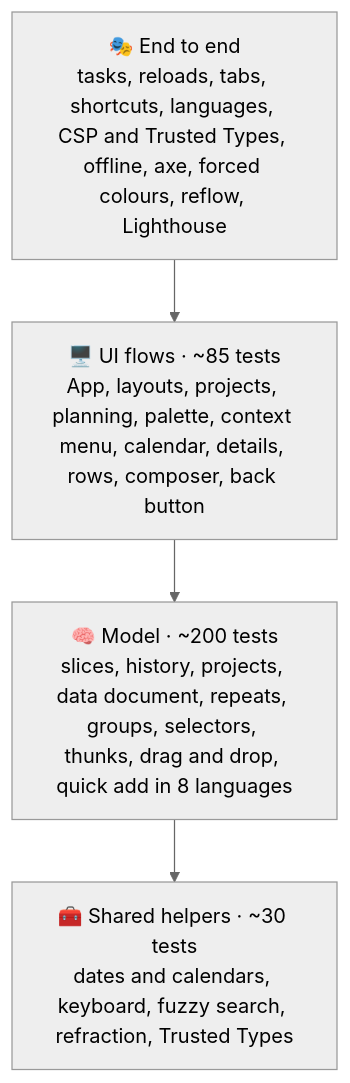
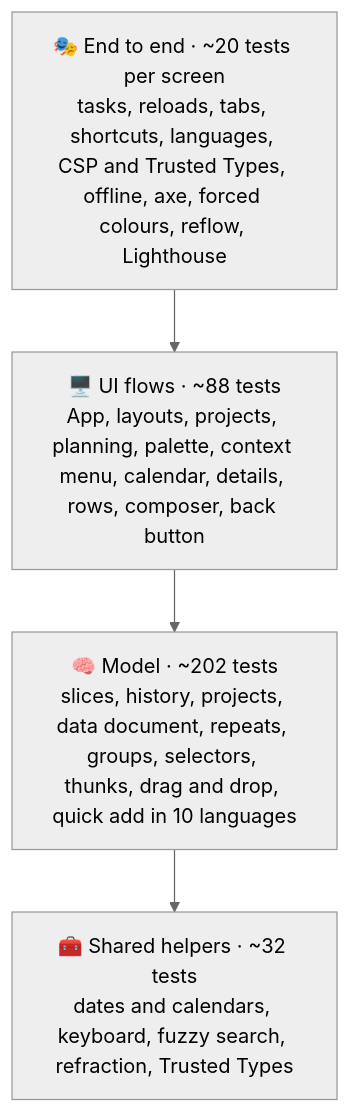
One commit to sacrificed666/react-todo-app changed the first of 2 diagrams in docs/testing.md. Above: the diagram before and after it, drawn with Mermaid (neutral theme). The commit also changed other lines of this file and 72 other files, not shown here.

````diff
--- a/docs/testing.md
+++ b/docs/testing.md
@@ -32,8 +32,8 @@
 ```mermaid
 flowchart TB
-  E2E["🎭 End to end<br/>tasks, reloads, tabs, shortcuts, languages, CSP and Trusted Types, offline, axe, forced colours, reflow, Lighthouse"]
-  UI["🖥️ UI flows · ~85 tests<br/>App, layouts, projects, planning, palette, context menu, calendar, details, rows, composer, back button"]
-  Model["🧠 Model · ~200 tests<br/>slices, history, projects, data document, repeats, groups, selectors, thunks, drag and drop, quick add in 8 languages"]
-  Lib["🧰 Shared helpers · ~30 tests<br/>dates and calendars, keyboard, fuzzy search, refraction, Trusted Types"]
+  E2E["🎭 End to end · ~20 tests per screen<br/>tasks, reloads, tabs, shortcuts, languages, CSP and Trusted Types, offline, axe, forced colours, reflow, Lighthouse"]
+  UI["🖥️ UI flows · ~88 tests<br/>App, layouts, projects, planning, palette, context menu, calendar, details, rows, composer, back button"]
+  Model["🧠 Model · ~202 tests<br/>slices, history, projects, data document, repeats, groups, selectors, thunks, drag and drop, quick add in 10 languages"]
+  Lib["🧰 Shared helpers · ~32 tests<br/>dates and calendars, keyboard, fuzzy search, refraction, Trusted Types"]
   E2E --> UI --> Model --> Lib
 ```
````
